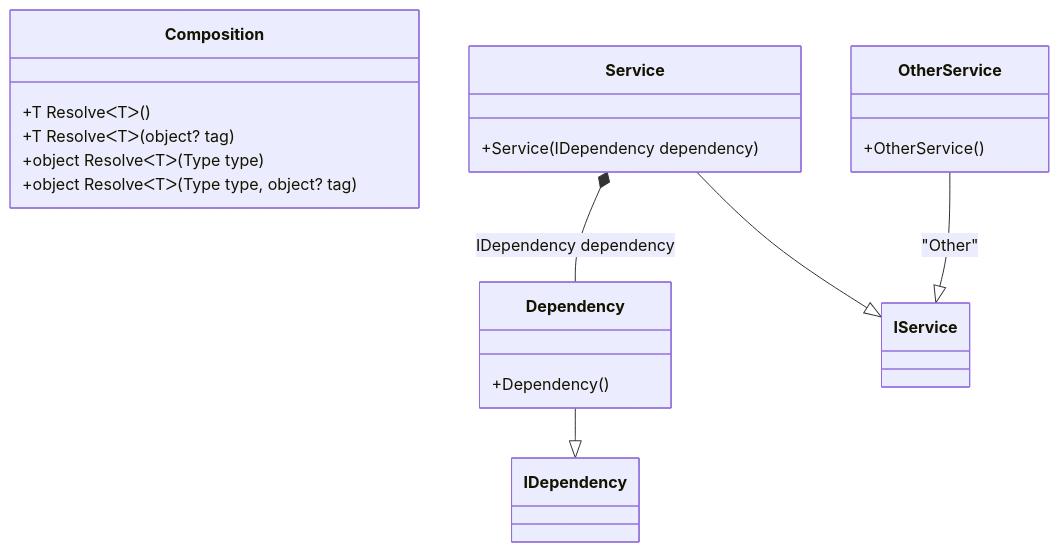
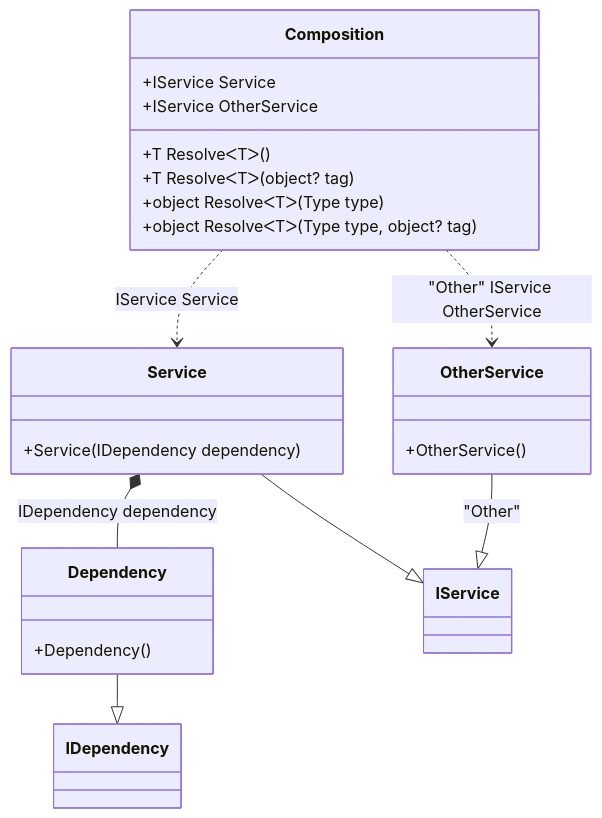
The second of 35 diagrams in readme/Examples.md (DevTeam/Pure.DI), drawn with Mermaid before and after one commit. The commit also changed other lines of this file and 47 other files, not shown here.

````diff
--- a/readme/Examples.md
+++ b/readme/Examples.md
@@ -132,22 +132,26 @@
 ```mermaid
 classDiagram
 class Composition {
++IService Service
++IService OtherService
 +T ResolveᐸTᐳ()
 +T ResolveᐸTᐳ(object? tag)
 +object ResolveᐸTᐳ(Type type)
 +object ResolveᐸTᐳ(Type type, object? tag)
 }
 Dependency --|> IDependency : 
 class Dependency {
 +Dependency()
 }
 Service --|> IService : 
 class Service {
 +Service(IDependency dependency)
 }
 OtherService --|> IService : "Other" 
 class OtherService {
 +OtherService()
 }
+Composition ..> OtherService : "Other" IService OtherService
+Composition ..> Service : IService Service
 Service *--  Dependency : IDependency dependency
 ```
````
